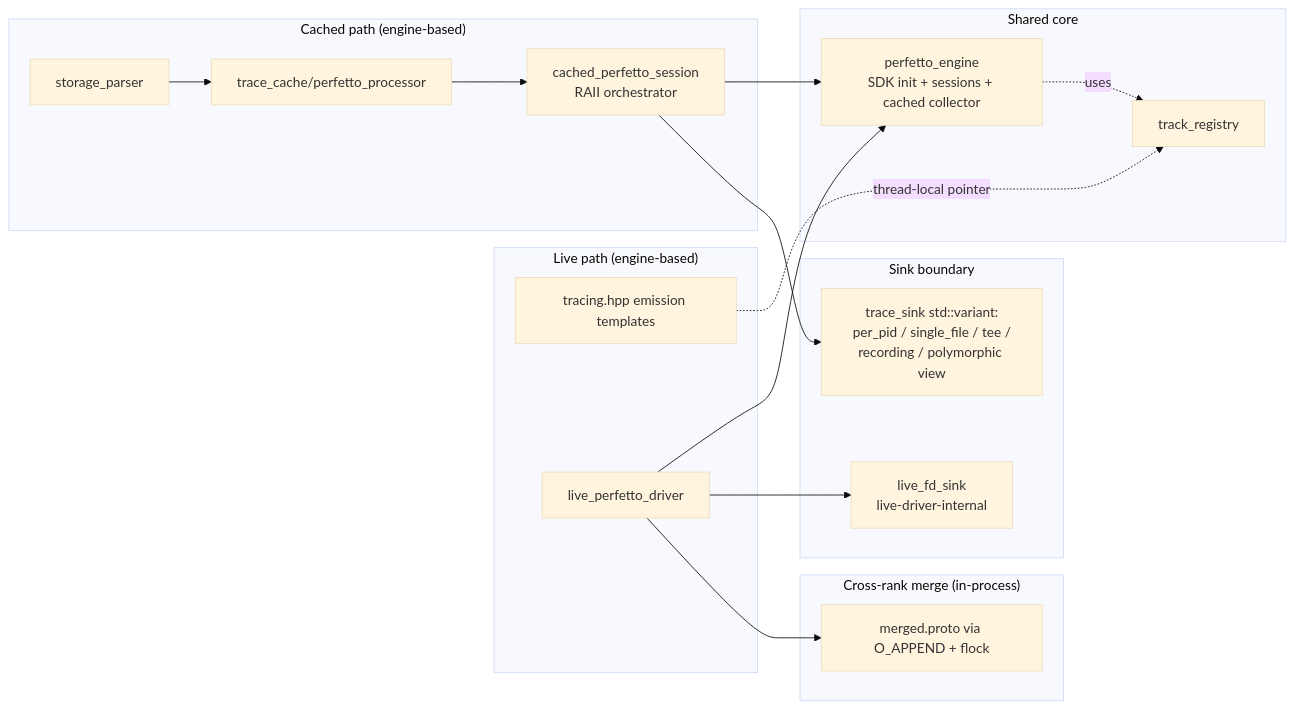
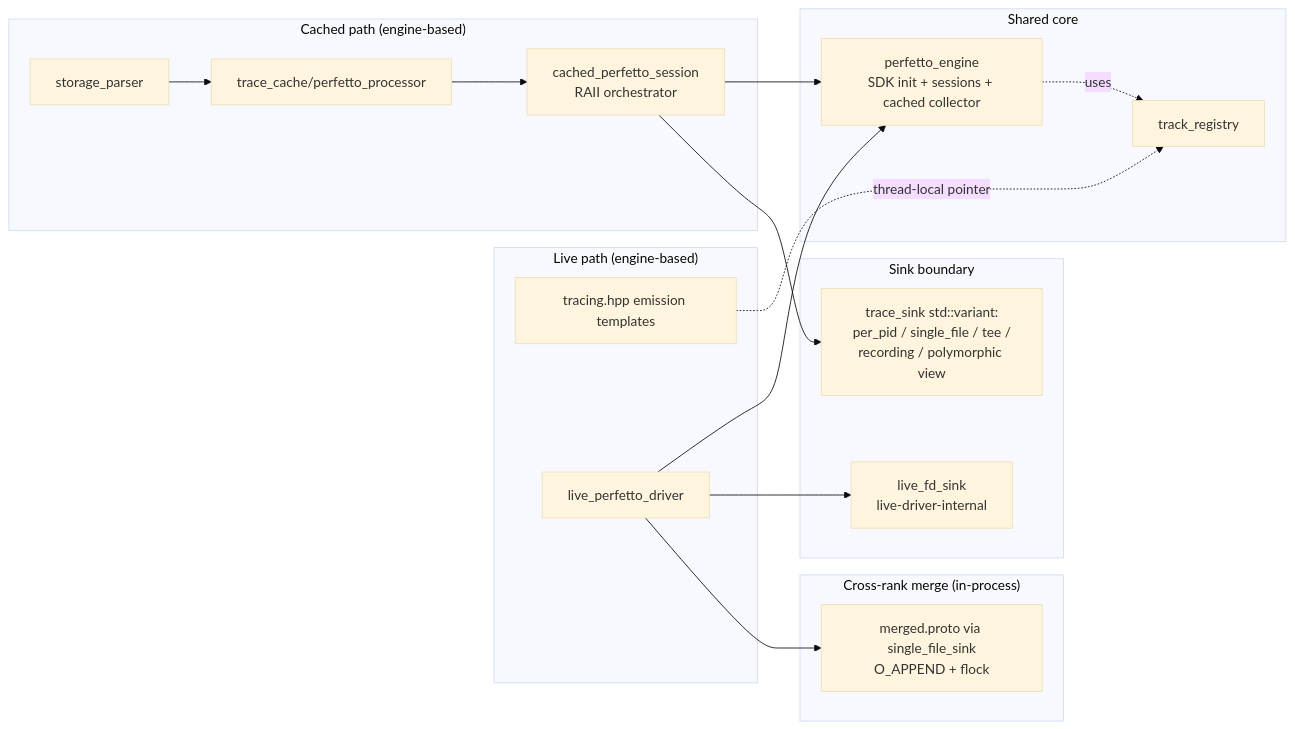
The second of 8 diagrams in projects/rocprofiler-systems/docs/conceptual/perfetto-output-architecture.md (ROCm/rocm-systems), drawn with Mermaid (base theme) before and after one commit. The commit also changed other lines of this file and 42 other files, not shown here.

````diff
--- a/projects/rocprofiler-systems/docs/conceptual/perfetto-output-architecture.md
+++ b/projects/rocprofiler-systems/docs/conceptual/perfetto-output-architecture.md
@@ -112,37 +112,37 @@
 ```mermaid
 flowchart LR
     subgraph EngineLive["Live path (engine-based)"]
         E_emit[tracing.hpp emission templates]
         E_drv[live_perfetto_driver]
     end
 
     subgraph EngineCached["Cached path (engine-based)"]
         E_parser[storage_parser]
         E_proc[trace_cache/perfetto_processor]
         E_session[cached_perfetto_session<br/>RAII orchestrator]
     end
 
     subgraph EngineCore["Shared core"]
         E_engine[perfetto_engine<br/>SDK init + sessions + cached collector]
         E_reg[track_registry]
     end
 
     subgraph EngineSinks["Sink boundary"]
         E_sinks[trace_sink std::variant:<br/>per_pid / single_file / tee /<br/>recording / polymorphic view]
         E_live_sink[live_fd_sink<br/>live-driver-internal]
     end
 
     subgraph EngineMerge["Cross-rank merge (in-process)"]
-        E_merged[merged.proto via O_APPEND + flock]
+        E_merged[merged.proto via single_file_sink<br/>O_APPEND + flock]
     end
 
     E_emit -.thread-local pointer.-> E_reg
     E_drv --> E_engine
     E_drv --> E_live_sink
     E_drv --> E_merged
     E_parser --> E_proc
     E_proc --> E_session
     E_session --> E_engine
     E_session --> E_sinks
     E_engine -.uses.-> E_reg
 ```
````
